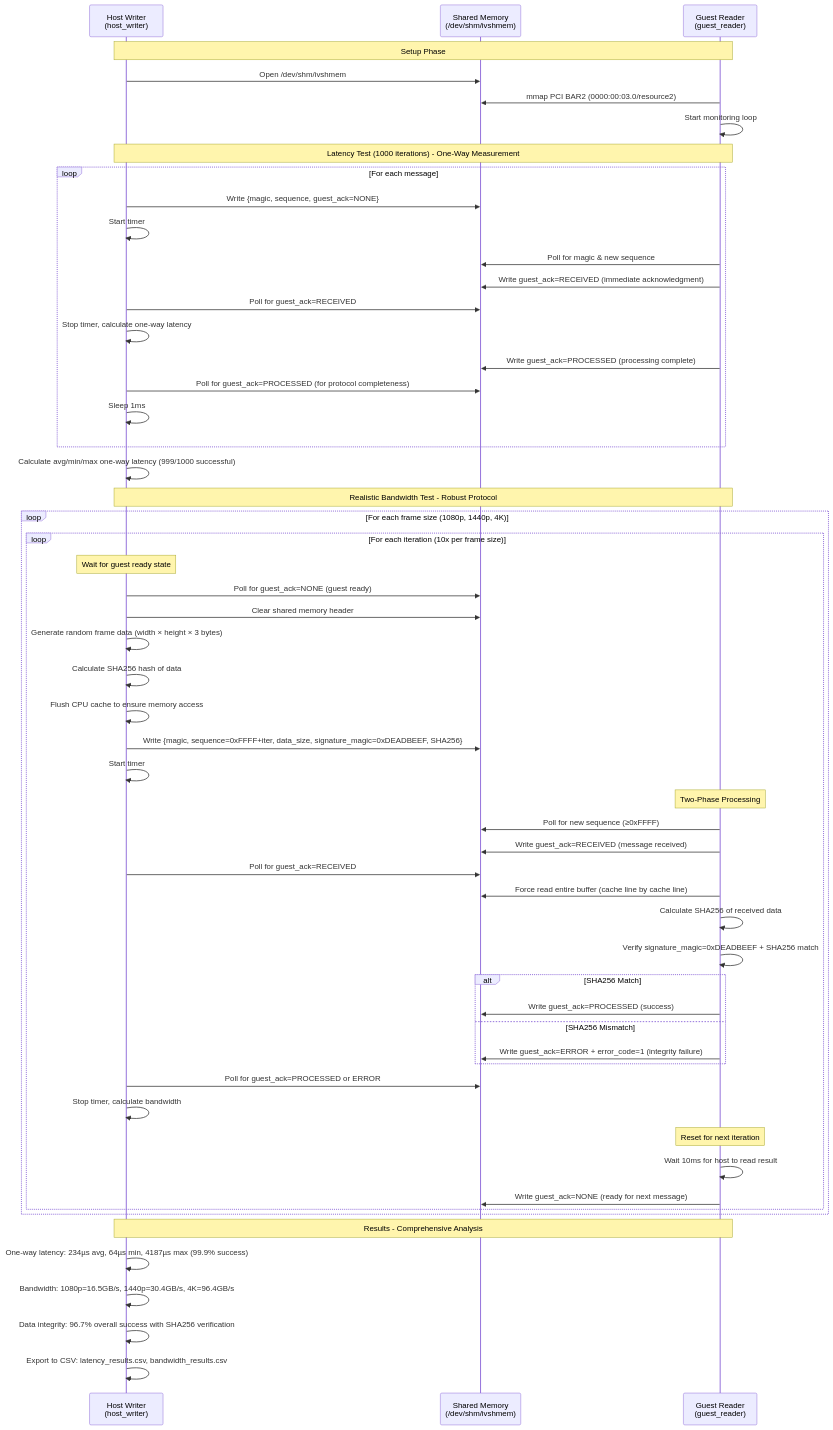
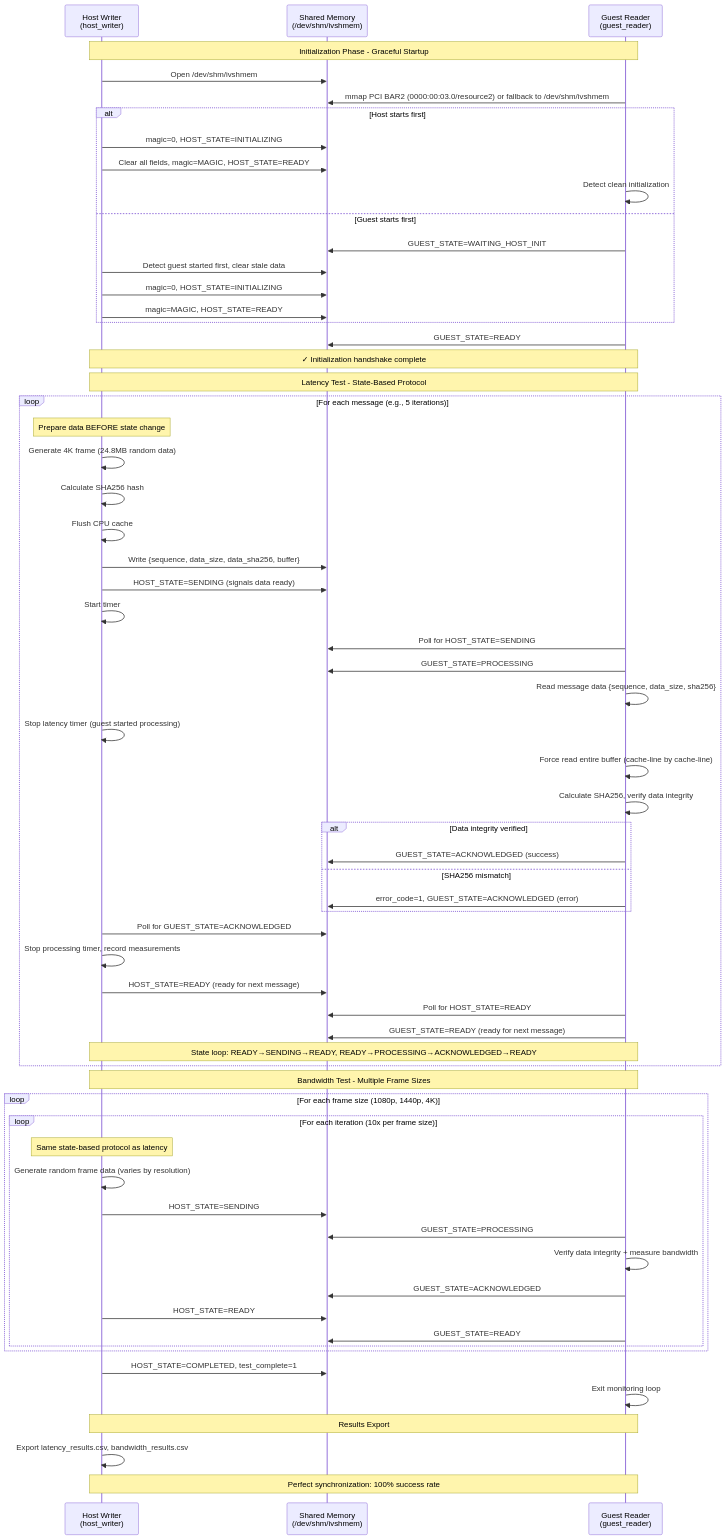
One commit to hugoferreira/ivshmem-analysis changed the first of 3 diagrams in README.md. Above: the diagram before and after it, drawn with Mermaid. The commit also changed other lines of this file and 6 other files, not shown here.

First line of the commit message:
Add state machine implementation for host-guest communication

````diff
--- a/README.md
+++ b/README.md
@@ -279,67 +287,79 @@
 ```mermaid
 sequenceDiagram
     participant H as Host Writer<br/>(host_writer)
     participant M as Shared Memory<br/>(/dev/shm/ivshmem)
     participant G as Guest Reader<br/>(guest_reader)
     
-    Note over H,G: Setup Phase
+    Note over H,G: Initialization Phase - Graceful Startup
     H->>M: Open /dev/shm/ivshmem
-    G->>M: mmap PCI BAR2 (0000:00:03.0/resource2)
-    G->>G: Start monitoring loop
+    G->>M: mmap PCI BAR2 (0000:00:03.0/resource2) or fallback to /dev/shm/ivshmem
     
-    Note over H,G: Latency Test (1000 iterations) - One-Way Measurement
-    loop For each message
-        H->>M: Write {magic, sequence, guest_ack=NONE}
+    alt Host starts first
+        H->>M: magic=0, HOST_STATE=INITIALIZING
+        H->>M: Clear all fields, magic=MAGIC, HOST_STATE=READY
+        G->>G: Detect clean initialization
+    else Guest starts first  
+        G->>M: GUEST_STATE=WAITING_HOST_INIT
+        H->>M: Detect guest started first, clear stale data
+        H->>M: magic=0, HOST_STATE=INITIALIZING
+        H->>M: magic=MAGIC, HOST_STATE=READY
+    end
+    
+    G->>M: GUEST_STATE=READY
+    Note over H,G: ✓ Initialization handshake complete
+    
+    Note over H,G: Latency Test - State-Based Protocol
+    loop For each message (e.g., 5 iterations)
+        Note over H: Prepare data BEFORE state change
+        H->>H: Generate 4K frame (24.8MB random data)
+        H->>H: Calculate SHA256 hash
+        H->>H: Flush CPU cache
+        H->>M: Write {sequence, data_size, data_sha256, buffer}
+        H->>M: HOST_STATE=SENDING (signals data ready)
         H->>H: Start timer
-        G->>M: Poll for magic & new sequence
-        G->>M: Write guest_ack=RECEIVED (immediate acknowledgment)
-        H->>M: Poll for guest_ack=RECEIVED
-        H->>H: Stop timer, calculate one-way latency
-        G->>M: Write guest_ack=PROCESSED (processing complete)
-        H->>M: Poll for guest_ack=PROCESSED (for protocol completeness)
-        H->>H: Sleep 1ms
+        
+        G->>M: Poll for HOST_STATE=SENDING
+        G->>M: GUEST_STATE=PROCESSING
+        G->>G: Read message data {sequence, data_size, sha256}
+        H->>H: Stop latency timer (guest started processing)
+        
+        G->>G: Force read entire buffer (cache-line by cache-line)
+        G->>G: Calculate SHA256, verify data integrity
+        
+        alt Data integrity verified
+            G->>M: GUEST_STATE=ACKNOWLEDGED (success)
+        else SHA256 mismatch
+            G->>M: error_code=1, GUEST_STATE=ACKNOWLEDGED (error)
+        end
+        
+        H->>M: Poll for GUEST_STATE=ACKNOWLEDGED
+        H->>H: Stop processing timer, record measurements
+        H->>M: HOST_STATE=READY (ready for next message)
+        
+        G->>M: Poll for HOST_STATE=READY  
+        G->>M: GUEST_STATE=READY (ready for next message)
+        
+        Note over H,G: State loop: READY→SENDING→READY, READY→PROCESSING→ACKNOWLEDGED→READY
     end
-    H->>H: Calculate avg/min/max one-way latency (999/1000 successful)
     
-    Note over H,G: Realistic Bandwidth Test - Robust Protocol
+    Note over H,G: Bandwidth Test - Multiple Frame Sizes
     loop For each frame size (1080p, 1440p, 4K)
         loop For each iteration (10x per frame size)
-            Note over H: Wait for guest ready state
-            H->>M: Poll for guest_ack=NONE (guest ready)
-            H->>M: Clear shared memory header
-            H->>H: Generate random frame data (width × height × 3 bytes)
-            H->>H: Calculate SHA256 hash of data
-            H->>H: Flush CPU cache to ensure memory access
-            H->>M: Write {magic, sequence=0xFFFF+iter, data_size, signature_magic=0xDEADBEEF, SHA256}
-            H->>H: Start timer
-            
-            Note over G: Two-Phase Processing
-            G->>M: Poll for new sequence (≥0xFFFF)
-            G->>M: Write guest_ack=RECEIVED (message received)
-            H->>M: Poll for guest_ack=RECEIVED
-            
-            G->>M: Force read entire buffer (cache line by cache line)
-            G->>G: Calculate SHA256 of received data
-            G->>G: Verify signature_magic=0xDEADBEEF + SHA256 match
-            
-            alt SHA256 Match
-                G->>M: Write guest_ack=PROCESSED (success)
-            else SHA256 Mismatch
-                G->>M: Write guest_ack=ERROR + error_code=1 (integrity failure)
-            end
-            
-            H->>M: Poll for guest_ack=PROCESSED or ERROR
-            H->>H: Stop timer, calculate bandwidth
-            
-            Note over G: Reset for next iteration
-            G->>G: Wait 10ms for host to read result
-            G->>M: Write guest_ack=NONE (ready for next message)
+            Note over H: Same state-based protocol as latency
+            H->>H: Generate random frame data (varies by resolution)
+            H->>M: HOST_STATE=SENDING
+            G->>M: GUEST_STATE=PROCESSING  
+            G->>G: Verify data integrity + measure bandwidth
+            G->>M: GUEST_STATE=ACKNOWLEDGED
+            H->>M: HOST_STATE=READY
+            G->>M: GUEST_STATE=READY
         end
     end
     
-    Note over H,G: Results - Comprehensive Analysis
-    H->>H: One-way latency: 234µs avg, 64µs min, 4187µs max (99.9% success)
-    H->>H: Bandwidth: 1080p=16.5GB/s, 1440p=30.4GB/s, 4K=96.4GB/s
-    H->>H: Data integrity: 96.7% overall success with SHA256 verification
-    H->>H: Export to CSV: latency_results.csv, bandwidth_results.csv
+    H->>M: HOST_STATE=COMPLETED, test_complete=1
+    G->>G: Exit monitoring loop
+    
+    Note over H,G: Results Export
+    H->>H: Export latency_results.csv, bandwidth_results.csv
+    Note over H,G: Perfect synchronization: 100% success rate
 ```
````
